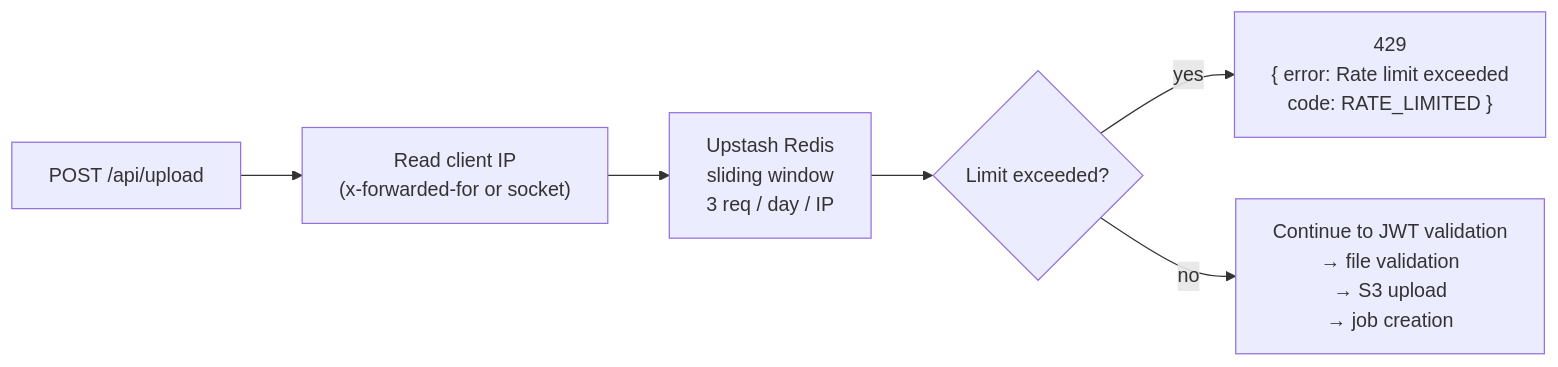
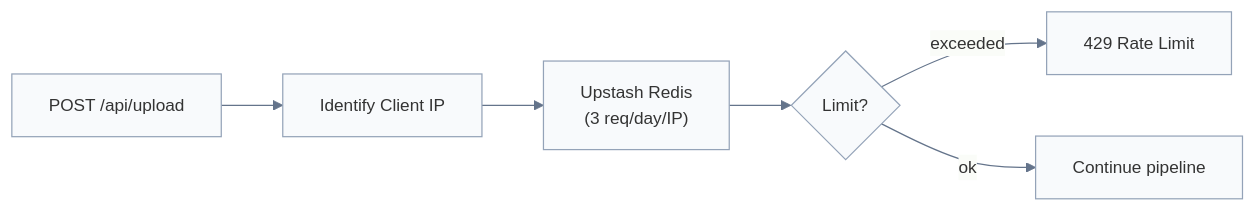
One commit to GeorgianaAI/spectra-ai changed the fourth of 6 diagrams in docs/ARCHITECTURE_FLOWS.md. Above: the diagram before and after it, drawn with Mermaid. The commit also changed other lines of this file, not shown here.

Commit message:
chore: update layout for diagram JWT Auth + Middleware Guard Flow

````diff
--- a/docs/ARCHITECTURE_FLOWS.md
+++ b/docs/ARCHITECTURE_FLOWS.md
@@ -202,8 +207,9 @@
 ```mermaid
+%%{init: {'theme': 'base', 'themeVariables': {'primaryColor': '#f8fafc', 'primaryBorderColor': '#94a3b8', 'lineColor': '#64748b', 'fontSize': '14px'}}}%%
 flowchart LR
-A["POST /api/upload"] --> B["Read client IP\n(x-forwarded-for or socket)"]
-B --> C["Upstash Redis\nsliding window\n3 req / day / IP"]
-C --> D{Limit exceeded?}
-D -- yes --> E["429\n{ error: Rate limit exceeded\n  code: RATE_LIMITED }"]
-D -- no --> F["Continue to JWT validation\n→ file validation\n→ S3 upload\n→ job creation"]
+    A["POST /api/upload"] --> B["Identify Client IP"]
+    B --> C["Upstash Redis\n(3 req/day/IP)"]
+    C --> D{Limit?}
+    D -- exceeded --> E["429 Rate Limit"]
+    D -- ok --> F["Continue pipeline"]
 ```
````
